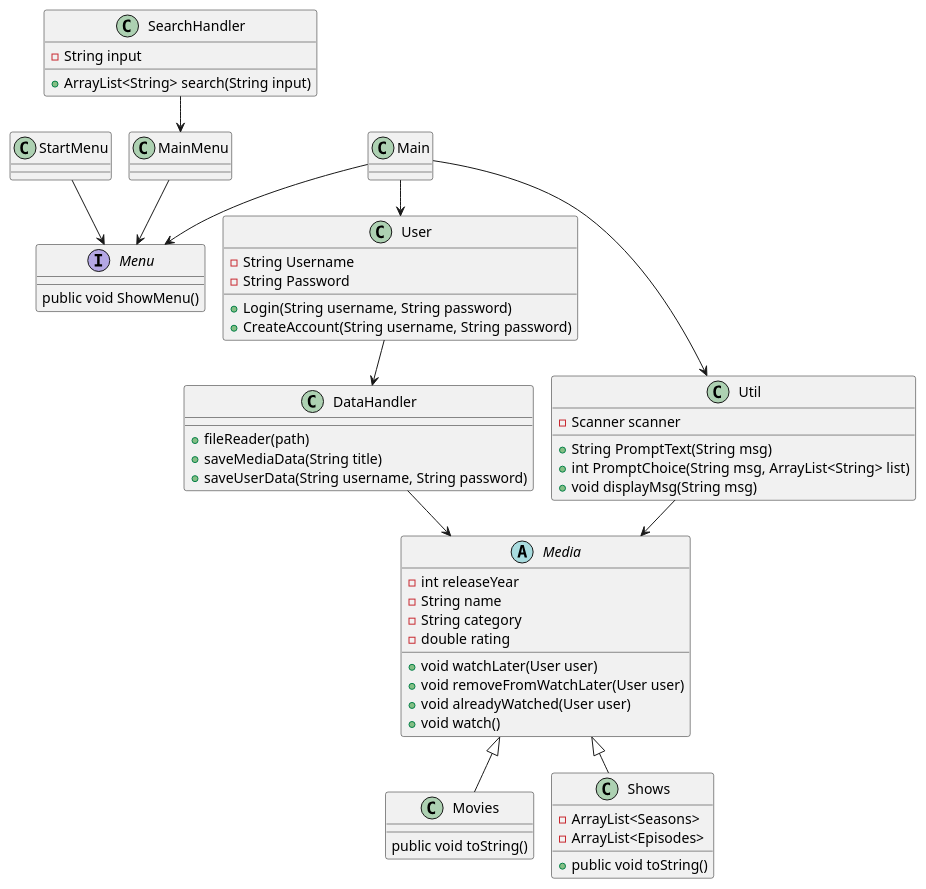
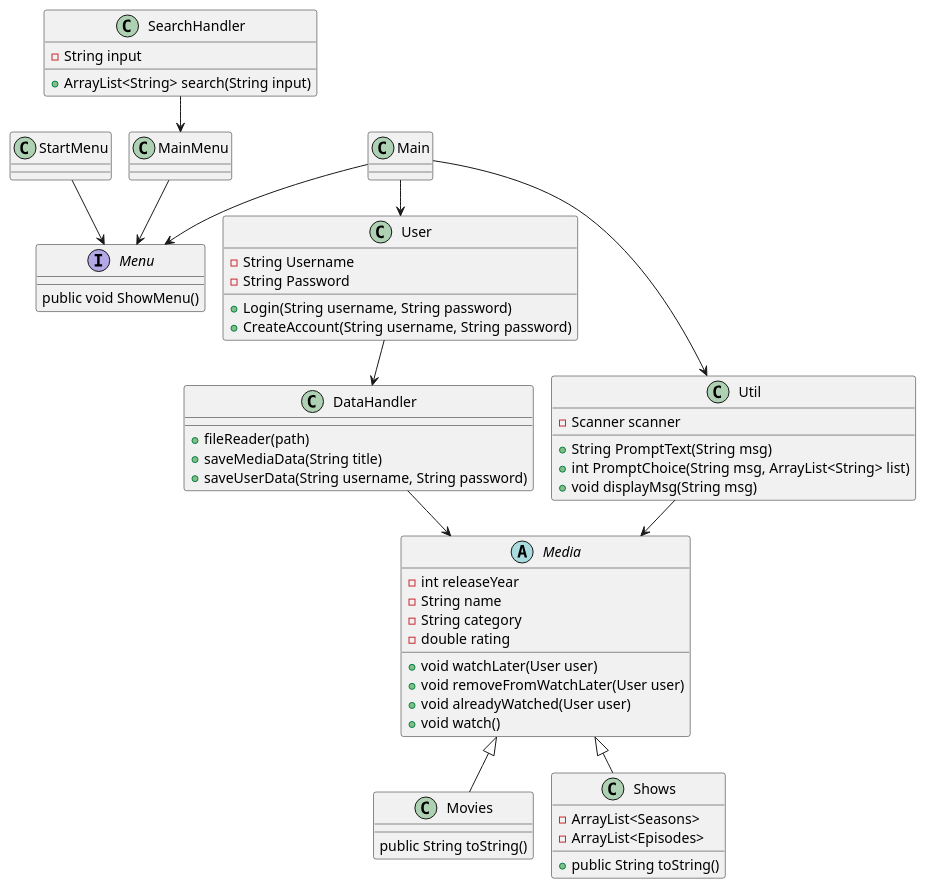
Before and after one commit to ValdemarLarsen02/SP3GruppeD: the diagram in .idea/ClassDiagram.puml, drawn with PlantUML. The commit also changed 1 other file, not shown here.

```diff
--- a/.idea/ClassDiagram.puml
+++ b/.idea/ClassDiagram.puml
@@ -1,82 +1,76 @@
 @startuml
 !pragma layout smetana
 
 Class Main{
 }
 
 Interface Menu{
 public void ShowMenu()
 }
 
 Class StartMenu{
 }
 
 Class MainMenu{
 }
 
 Class User{
 - String Username
 - String Password
 + Login(String username, String password)
 + CreateAccount(String username, String password)
 }
 
 Class SearchHandler {
 - String input
 + ArrayList<String> search(String input)
 }
 
 Class DataHandler{
 + fileReader(path)
 + saveMediaData(String title)
 + saveUserData(String username, String password)
 }
 
 Abstract Media{
 - int releaseYear
 - String name
 - String category
 - double rating
 + void watchLater(User user)
 + void removeFromWatchLater(User user)
 + void alreadyWatched(User user)
 + void watch()
 }
 
 Class Util{
 - Scanner scanner
 + String PromptText(String msg)
 + int PromptChoice(String msg, ArrayList<String> list)
 + void displayMsg(String msg)
 }
 
 Class Movies{
-public void toString()
+public String toString()
 }
 
 Class Shows{
 - ArrayList<Seasons>
 - ArrayList<Episodes>
-+ public void toString()
++ public String toString()
 }
 
 Main --> Menu
 Main --> Util
 Main --> User
 StartMenu --> Menu
 MainMenu --> Menu
 Util --> Media
 Media <|-- Shows
 Media <|-- Movies
 User --> DataHandler
 DataHandler --> Media
 SearchHandler --> MainMenu
 
 
-
-
-
-
-
-
 @enduml
```
